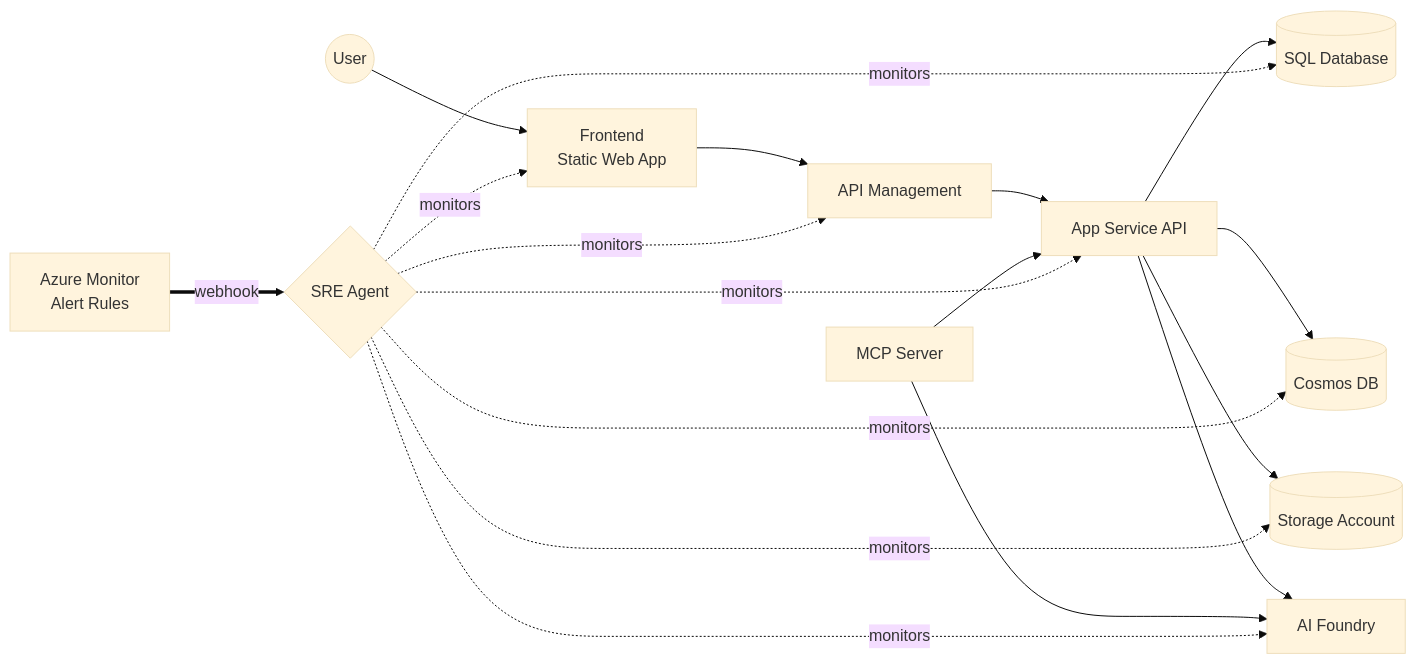
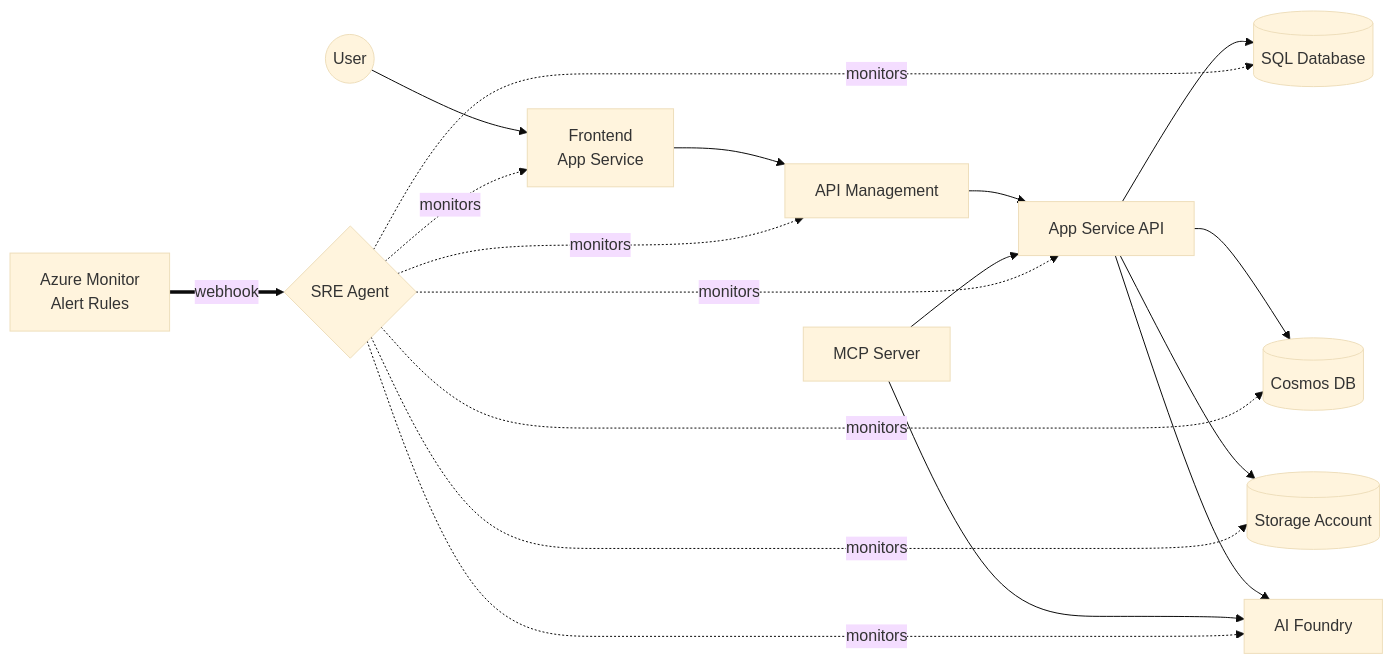
One commit to csdmichael/SalesPOC.SRE changed the second of 4 diagrams in README.md. Above: the diagram before and after it, drawn with Mermaid (base theme). The commit also changed other lines of this file and 4 other files, not shown here.

````diff
--- a/README.md
+++ b/README.md
@@ -97,22 +97,22 @@
 ```mermaid
 graph LR
-    User((User)) --> SWA[Frontend<br/>Static Web App]
-    SWA --> APIM[API Management]
+    User((User)) --> FE[Frontend<br/>App Service]
+    FE --> APIM[API Management]
     APIM --> API[App Service API]
     API --> SQL[(SQL Database)]
     API --> COSMOS[(Cosmos DB)]
     API --> STORAGE[(Storage Account)]
     API --> FOUNDRY[AI Foundry]
     MCP[MCP Server] --> API
     MCP --> FOUNDRY
 
-    SRE{SRE Agent} -.monitors.-> SWA
+    SRE{SRE Agent} -.monitors.-> FE
     SRE -.monitors.-> APIM
     SRE -.monitors.-> API
     SRE -.monitors.-> SQL
     SRE -.monitors.-> COSMOS
     SRE -.monitors.-> STORAGE
     SRE -.monitors.-> FOUNDRY
 
     AzMon[Azure Monitor<br/>Alert Rules] ==webhook==> SRE
 ```
````
